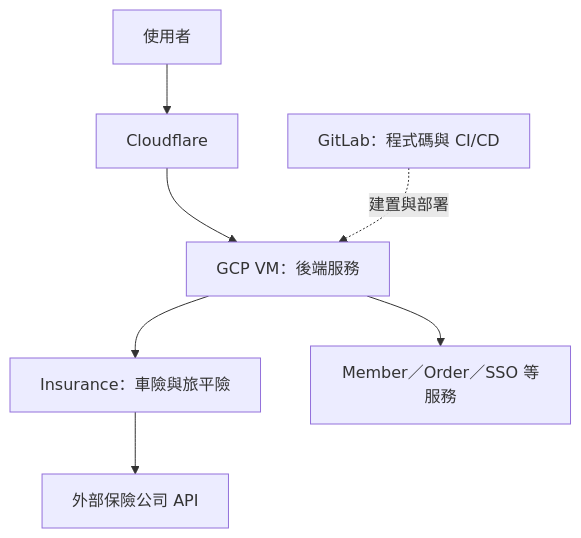
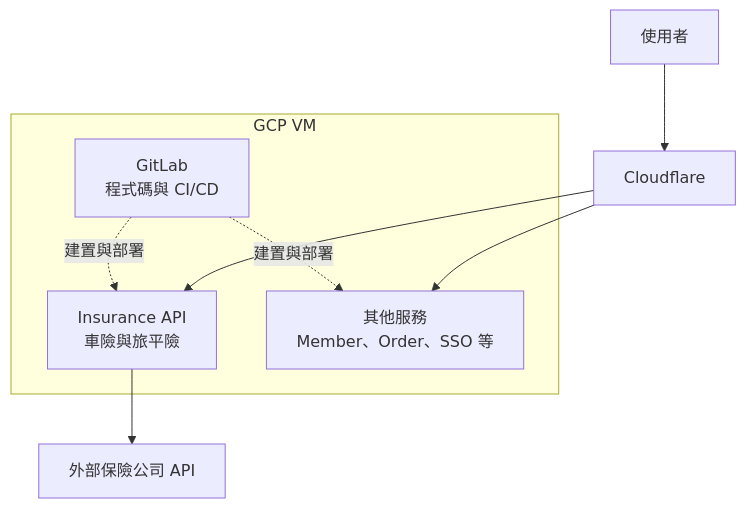
The third of 3 diagrams in README.md (highhao/insurance-saas-platform), drawn with Mermaid before and after one commit. The commit also changed other lines of this file, not shown here.

Commit message:
Clarify portfolio architecture and presentation

````diff
--- a/README.md
+++ b/README.md
@@ -30,9 +30,14 @@
 ```mermaid
 flowchart TB
-    U[使用者] --> CF[Cloudflare]
-    CF --> VM[GCP VM：後端服務]
-    VM --> I[Insurance：車險與旅平險]
-    VM --> M[Member／Order／SSO 等服務]
-    I --> EXT[外部保險公司 API]
-    GL[GitLab：程式碼與 CI/CD] -. 建置與部署 .-> VM
+    User[使用者] --> Edge[Cloudflare]
+    subgraph Cloud["GCP VM"]
+        Insurance[Insurance API<br/>車險與旅平險]
+        Other[其他服務<br/>Member、Order、SSO 等]
+        GitLab[GitLab<br/>程式碼與 CI/CD]
+        GitLab -. 建置與部署 .-> Insurance
+        GitLab -. 建置與部署 .-> Other
+    end
+    Edge --> Insurance
+    Edge --> Other
+    Insurance --> Provider[外部保險公司 API]
 ```
````
